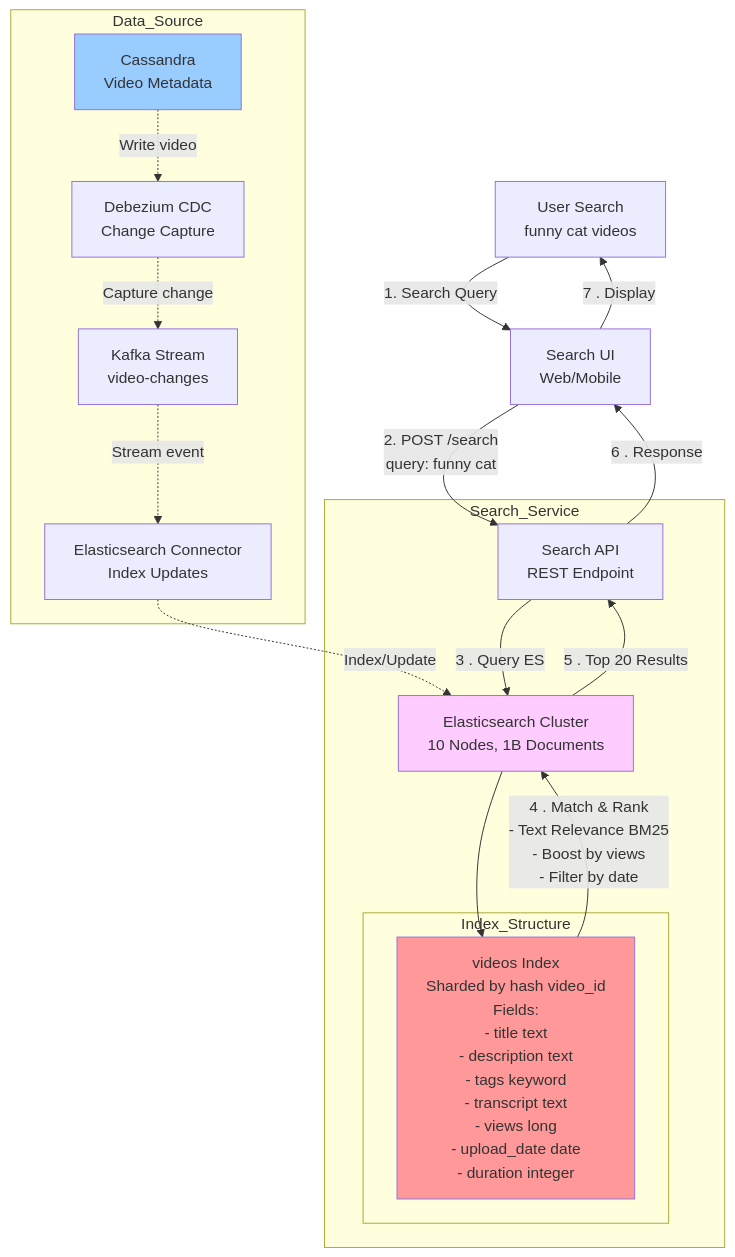
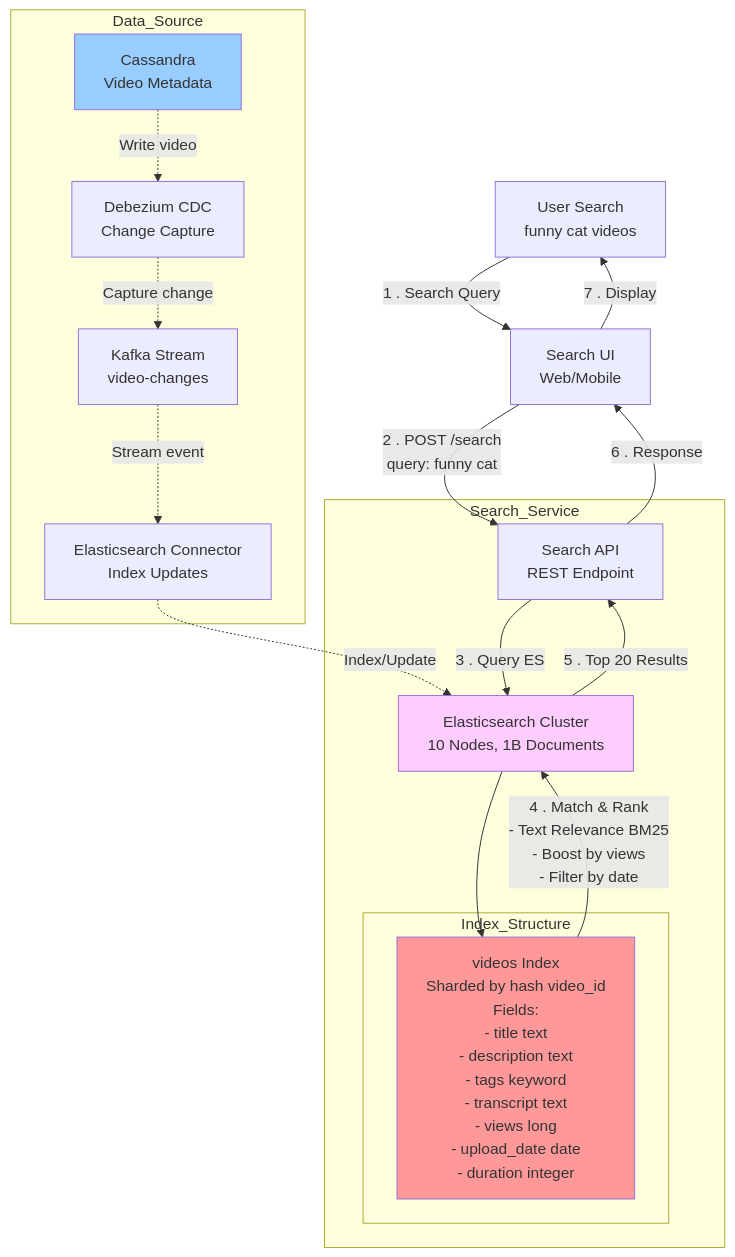
One commit to piyush7199/hld-architecture-handbook changed the eighth of 12 diagrams in 03-challenges/3.4.8-video-streaming-system/hld-diagram.md. Above: the diagram before and after it, drawn with Mermaid. The commit also changed other lines of this file and 18 other files, not shown here.

````diff
--- a/03-challenges/3.4.8-video-streaming-system/hld-diagram.md
+++ b/03-challenges/3.4.8-video-streaming-system/hld-diagram.md
@@ -568,42 +567,37 @@
 ```mermaid
 graph TB
     User[User Search<br/>funny cat videos]
-SearchUI[Search UI<br/>Web/Mobile]
+    SearchUI[Search UI<br/>Web/Mobile]
 
-subgraph Search_Service
-SearchAPI[Search API<br/>REST Endpoint]
-Elasticsearch[Elasticsearch Cluster<br/>10 Nodes, 1B Documents]
+    subgraph Search_Service
+        SearchAPI[Search API<br/>REST Endpoint]
+        Elasticsearch[Elasticsearch Cluster<br/>10 Nodes, 1B Documents]
 
-subgraph Index_Structure
-VideoIndex[videos Index<br/>Sharded by hash video_id<br/>Fields:<br/>- title text<br/>- description text<br/>- tags keyword<br/>- transcript text<br/>- views long<br/>- upload_date date<br/>- duration integer]
-end
-end
+        subgraph Index_Structure
+            VideoIndex[videos Index<br/>Sharded by hash video_id<br/>Fields:<br/>- title text<br/>- description text<br/>- tags keyword<br/>- transcript text<br/>- views long<br/>- upload_date date<br/>- duration integer]
+        end
+    end
 
-subgraph Data_Source
-Cassandra[Cassandra<br/>Video Metadata]
-CDC[Debezium CDC<br/>Change Capture]
-KafkaStream[Kafka Stream<br/>video-changes]
-ElasticsearchConnector[Elasticsearch Connector<br/>Index Updates]
-end
+    subgraph Data_Source
+        Cassandra[Cassandra<br/>Video Metadata]
+        CDC[Debezium CDC<br/>Change Capture]
+        KafkaStream[Kafka Stream<br/>video-changes]
+        ElasticsearchConnector[Elasticsearch Connector<br/>Index Updates]
+    end
 
-User -->|1. Search Query|SearchUI
-SearchUI -->|2. POST /search<br/>query: funny cat|SearchAPI
-
-SearchAPI -->|3 . Query ES|Elasticsearch
-Elasticsearch --> VideoIndex
-
-VideoIndex -->|4 . Match & Rank<br/> - Text Relevance BM25<br/> - Boost by views<br/> - Filter by date| Elasticsearch
-
-Elasticsearch -->|5 . Top 20 Results|SearchAPI
-SearchAPI -->|6 . Response|SearchUI
-SearchUI -->|7 . Display| User
-
-Cassandra -.->|Write video|CDC
-CDC -.->|Capture change|KafkaStream
-KafkaStream -.->|Stream event|ElasticsearchConnector
-ElasticsearchConnector -.->|Index/Update|Elasticsearch
-
-style Elasticsearch fill: #ffccff
-style VideoIndex fill: #ff9999
-style Cassandra fill: #99ccff
+    User -->|1 . Search Query| SearchUI
+    SearchUI -->|2 . POST /search<br/>query: funny cat| SearchAPI
+    SearchAPI -->|3 . Query ES| Elasticsearch
+    Elasticsearch --> VideoIndex
+    VideoIndex -->|4 . Match & Rank<br/> - Text Relevance BM25<br/> - Boost by views<br/> - Filter by date| Elasticsearch
+    Elasticsearch -->|5 . Top 20 Results| SearchAPI
+    SearchAPI -->|6 . Response| SearchUI
+    SearchUI -->|7 . Display| User
+    Cassandra -.->|Write video| CDC
+    CDC -.->|Capture change| KafkaStream
+    KafkaStream -.->|Stream event| ElasticsearchConnector
+    ElasticsearchConnector -.->|Index/Update| Elasticsearch
+    style Elasticsearch fill: #ffccff
+    style VideoIndex fill: #ff9999
+    style Cassandra fill: #99ccff
 ```
````
